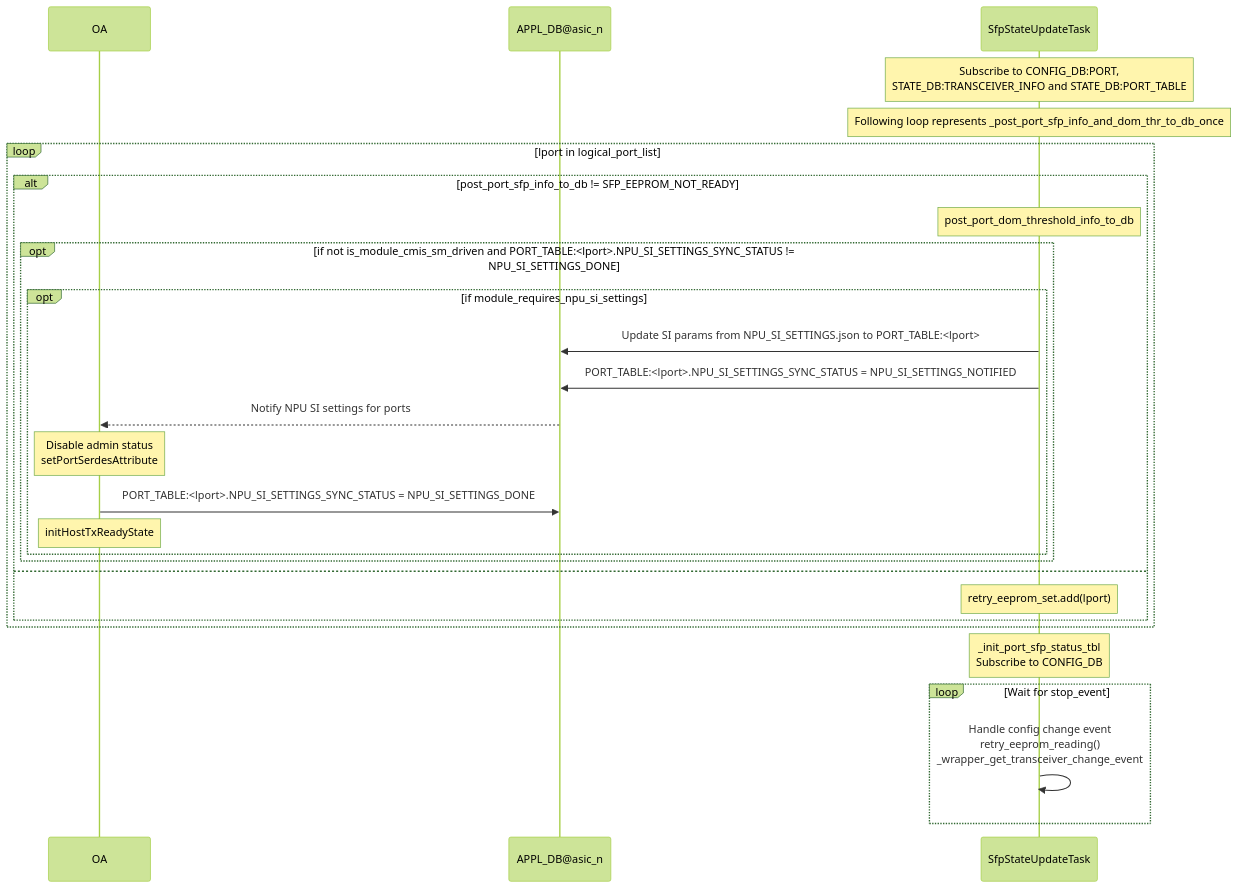
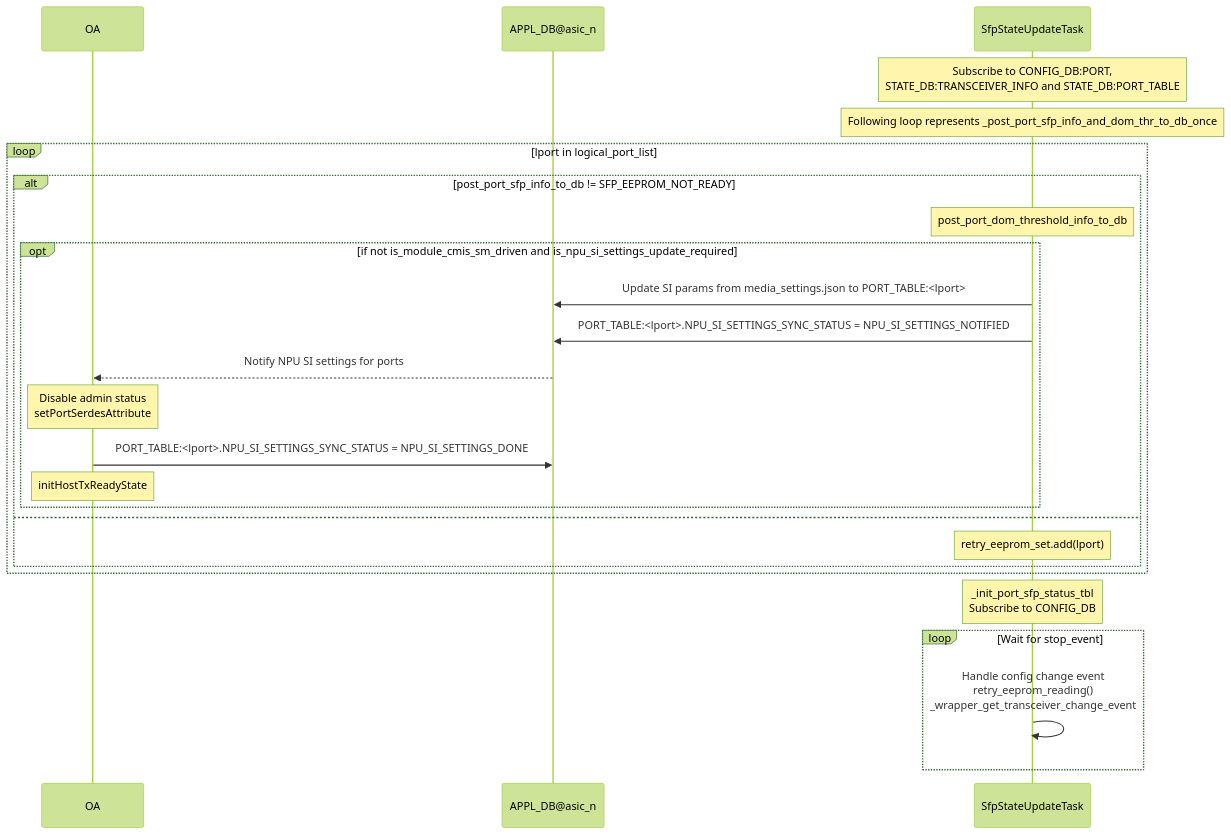
Before and after one commit to sonic-net/SONiC: the second of 5 diagrams in doc/sfp-cmis/Interface-Link-bring-up-sequence.md, drawn with Mermaid (forest theme). The commit also changed other lines of this file, not shown here.

Commit message:
Added description and functioning related to is_npu_si_settings_update_required

````diff
--- a/doc/sfp-cmis/Interface-Link-bring-up-sequence.md
+++ b/doc/sfp-cmis/Interface-Link-bring-up-sequence.md
@@ -291,30 +296,28 @@
 ```mermaid
 sequenceDiagram
     participant OA
     participant APPL_DB as APPL_DB@asic_n
     participant SfpStateUpdateTask
 
     Note over SfpStateUpdateTask: Subscribe to CONFIG_DB:PORT,<br>STATE_DB:TRANSCEIVER_INFO and STATE_DB:PORT_TABLE
     Note over SfpStateUpdateTask: Following loop represents _post_port_sfp_info_and_dom_thr_to_db_once
     loop lport in logical_port_list
         alt post_port_sfp_info_to_db != SFP_EEPROM_NOT_READY
              Note over SfpStateUpdateTask: post_port_dom_threshold_info_to_db
-            opt if not is_module_cmis_sm_driven and PORT_TABLE:<lport>.NPU_SI_SETTINGS_SYNC_STATUS != NPU_SI_SETTINGS_DONE
-              opt if module_requires_npu_si_settings
-                  SfpStateUpdateTask ->> APPL_DB: Update SI params from NPU_SI_SETTINGS.json to PORT_TABLE:<lport>
-                  SfpStateUpdateTask ->> APPL_DB: PORT_TABLE:<lport>.NPU_SI_SETTINGS_SYNC_STATUS = NPU_SI_SETTINGS_NOTIFIED
-                  APPL_DB -->> OA: Notify NPU SI settings for ports
-                  Note over OA: Disable admin status<br>setPortSerdesAttribute
-                  OA ->> APPL_DB: PORT_TABLE:<lport>.NPU_SI_SETTINGS_SYNC_STATUS = NPU_SI_SETTINGS_DONE
-                  Note over OA: initHostTxReadyState
-                end
+            opt if not is_module_cmis_sm_driven and is_npu_si_settings_update_required
+                SfpStateUpdateTask ->> APPL_DB: Update SI params from media_settings.json to PORT_TABLE:<lport>
+                SfpStateUpdateTask ->> APPL_DB: PORT_TABLE:<lport>.NPU_SI_SETTINGS_SYNC_STATUS = NPU_SI_SETTINGS_NOTIFIED
+                APPL_DB -->> OA: Notify NPU SI settings for ports
+                Note over OA: Disable admin status<br>setPortSerdesAttribute
+                OA ->> APPL_DB: PORT_TABLE:<lport>.NPU_SI_SETTINGS_SYNC_STATUS = NPU_SI_SETTINGS_DONE
+                Note over OA: initHostTxReadyState
             end
         else
             Note over SfpStateUpdateTask: retry_eeprom_set.add(lport)
         end
     end
     Note over SfpStateUpdateTask: _init_port_sfp_status_tbl<br>Subscribe to CONFIG_DB
     loop Wait for stop_event
         SfpStateUpdateTask ->> SfpStateUpdateTask: Handle config change event<br>retry_eeprom_reading()<br>_wrapper_get_transceiver_change_event
     end
 ```
````
